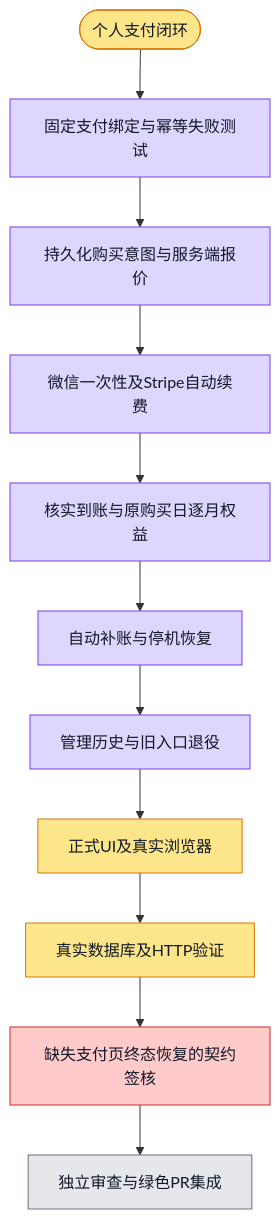
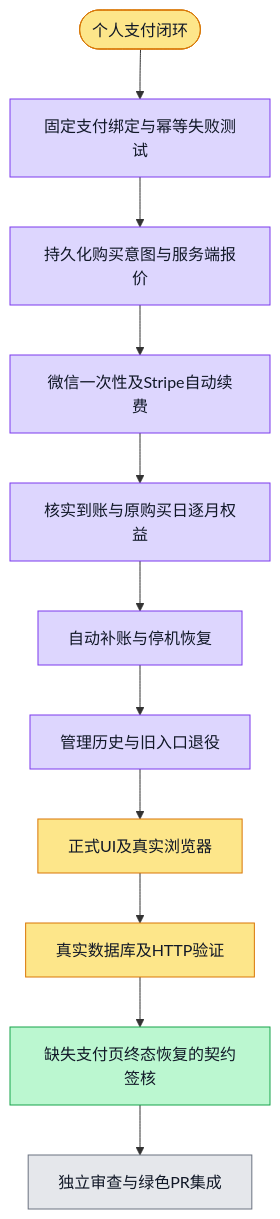
One commit to boardx/workspacex changed the diagram in phases/phase-21-billing-payment/design-deltas/personal-payments/plan.md. Above: the diagram before and after it, drawn with Mermaid. The commit also changed 3 other files, not shown here.

Commit message:
docs(billing): record authorized order recovery design; Refs #6093

````diff
--- a/phases/phase-21-billing-payment/design-deltas/personal-payments/plan.md
+++ b/phases/phase-21-billing-payment/design-deltas/personal-payments/plan.md
@@ -3,39 +3,39 @@
 ```mermaid
 flowchart TD
   G([个人支付闭环])
   S1[固定支付绑定与幂等失败测试]
   S2[持久化购买意图与服务端报价]
   S3[微信一次性及Stripe自动续费]
   S4[核实到账与原购买日逐月权益]
   S5[真实数据库及HTTP验证]
   S7[自动补账与停机恢复]
   S8[管理历史与旧入口退役]
   S9[正式UI及真实浏览器]
   S10[缺失支付页终态恢复的契约签核]
   S6[独立审查与绿色PR集成]
   G --> S1 --> S2 --> S3 --> S4 --> S7 --> S8 --> S9 --> S5 --> S10 --> S6
   classDef todo fill:#e5e7eb,stroke:#6b7280,color:#111827
   classDef doing fill:#fde68a,stroke:#d97706,color:#111827
   classDef done fill:#bbf7d0,stroke:#16a34a,color:#111827
   classDef tested fill:#ddd6fe,stroke:#7c3aed,color:#111827
   classDef blocked fill:#fecaca,stroke:#dc2626,color:#111827
   class G doing
   class S1 tested
   %% evidence S1: provider 113 tests passed; evidence/provider-current.txt
   class S2 tested
   %% evidence S2: PostgreSQL 7 and HTTP 2 passed; evidence/intents-green.txt and http-green.txt
   class S3 tested
   %% evidence S3: provider162及PG/HTTP54，evidence/recovery-auto-*
   class S4 tested
   %% evidence S4: Stripe26含原锚点与重复账单，evidence/recovery-auto-pg-http.txt
   class S5 doing
   class S7 tested
   %% evidence S7: 177872994独立增量ACCEPT，root自动恢复与生命周期3项
   class S8 tested
   %% evidence S8: management与旧财务回归，当前53PG含active审计修复
   class S9 doing
   %% evidence S9: 正常链路完整browser16及React93；异常恢复仍待S10
-  class S10 blocked
-  %% evidence S10: personal-order-outcomes-v1/design-signoff.md；人类确认pending
+  class S10 done
+  %% evidence S10: personal-order-outcomes-v1/design-signoff.md；用户明确采用并授权回填，2026-11-01T21:10:18Z记录
   class S6 todo
 ```
````
